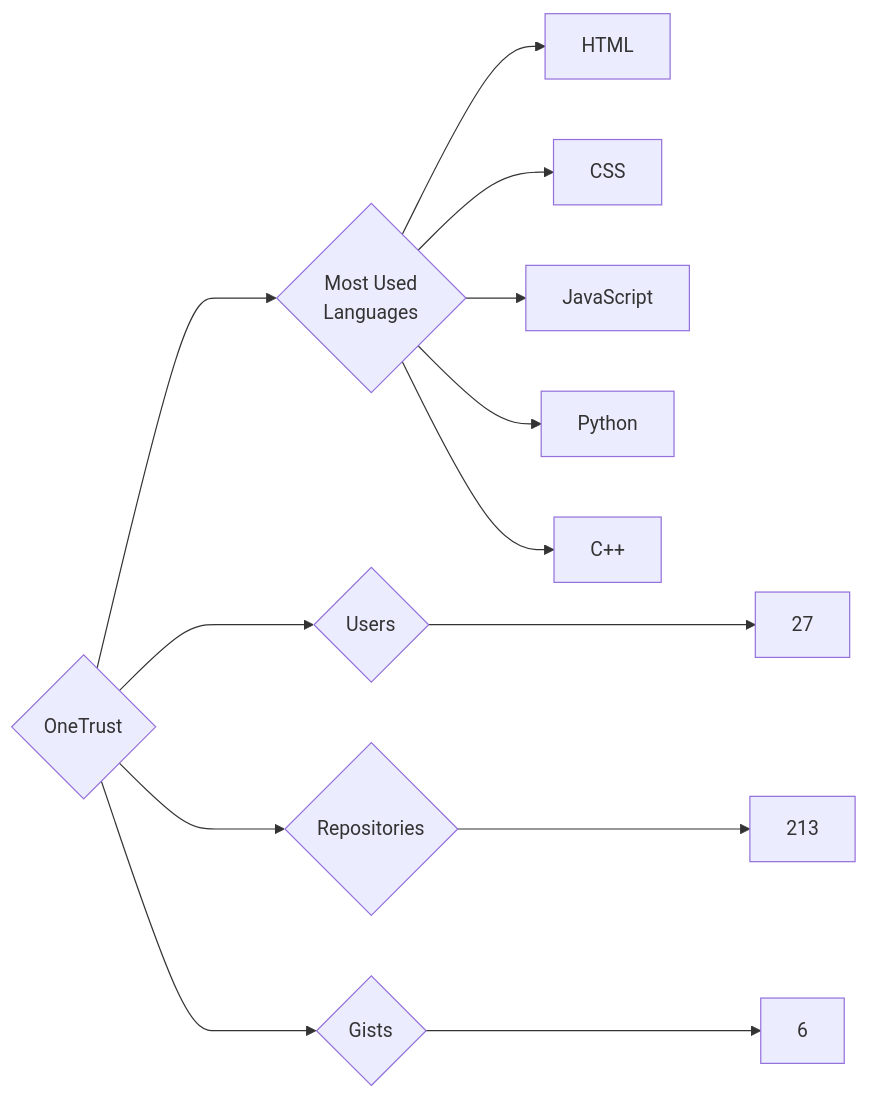
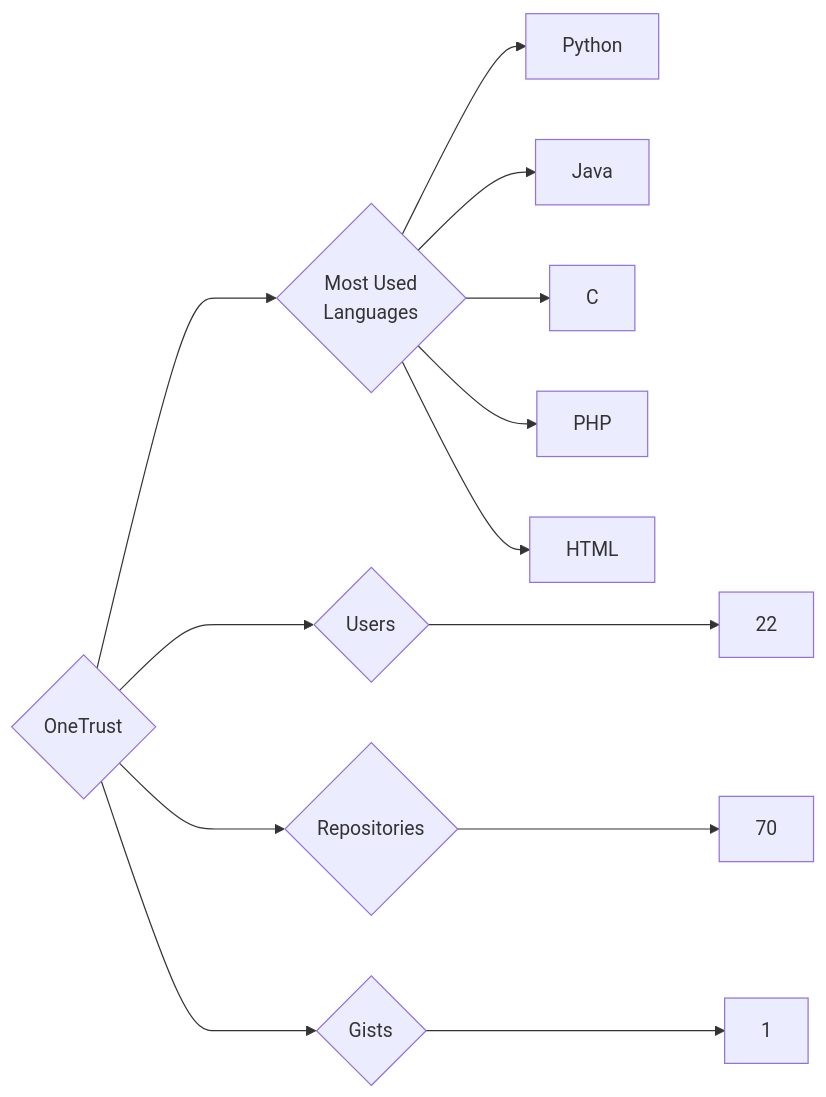
Before and after one commit to trickest/insiders: the diagram in targets/OneTrust/README.md, drawn with Mermaid. The commit also changed 953 other files, not shown here.

````diff
--- a/targets/OneTrust/README.md
+++ b/targets/OneTrust/README.md
@@ -3,13 +3,13 @@
 ```mermaid
 graph LR
 COMPANY_NAME{OneTrust}
-COMPANY_NAME ---> U{Users} ---> UN[27]
-COMPANY_NAME ---> R{Repositories} ---> RN[213]
-COMPANY_NAME ---> G{Gists} ---> GN[6]
+COMPANY_NAME ---> U{Users} ---> UN[22]
+COMPANY_NAME ---> R{Repositories} ---> RN[70]
+COMPANY_NAME ---> G{Gists} ---> GN[1]
 COMPANY_NAME ---> ML{Most Used<br>Languages}
+ML --> Python[Python]
+ML --> Java[Java]
+ML --> C[C]
+ML --> PHP[PHP]
 ML --> HTML[HTML]
-ML --> CSS[CSS]
-ML --> JavaScript[JavaScript]
-ML --> Python[Python]
-ML --> C++[C++]
 ```
````
